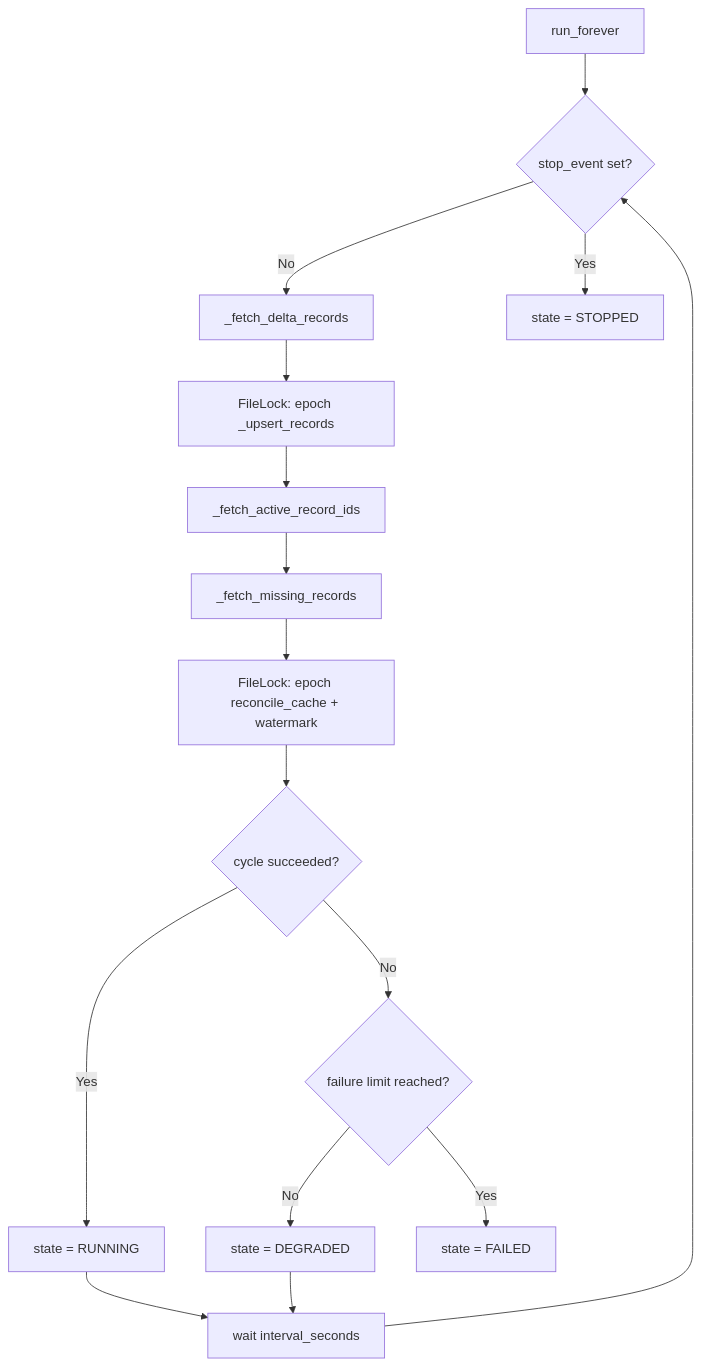
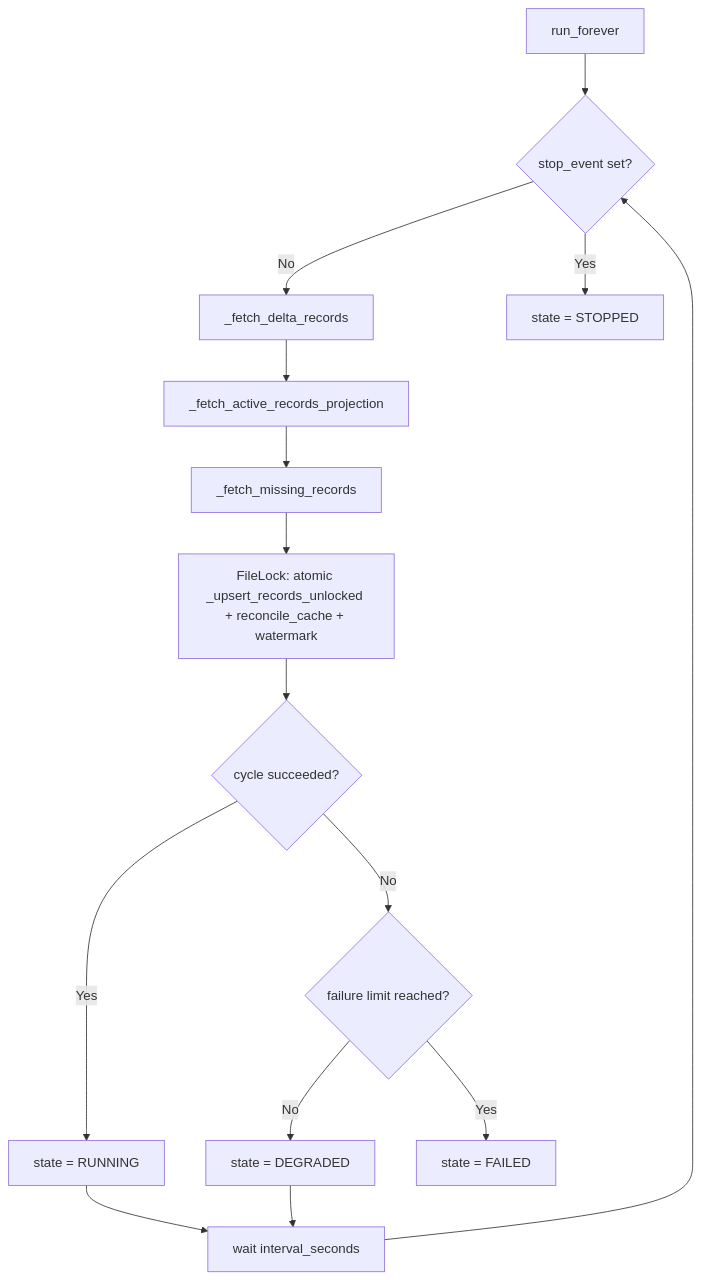
One commit to fderuiter/imednet-toolkit changed the diagram in docs/diagrams/workflow_interactions_12.mmd. Above: the diagram before and after it, drawn with Mermaid. The commit also changed 3 other files, not shown here.

Commit message:
refactor(workflows): remove orphaned private sync helpers from CachedRecordsLoader

```diff
--- a/docs/diagrams/workflow_interactions_12.mmd
+++ b/docs/diagrams/workflow_interactions_12.mmd
@@ -1,18 +1,17 @@
 graph TD
     accTitle: Epoch-Fenced Delta Sync and SyncWorker Health Lifecycle
-    accDescr: Flowchart showing SyncWorker running lock-free remote delta and active-ID fetches, short FileLock epoch-stamped SQLite upserts and epoch-fenced orphan reconciliation, and transitioning across RUNNING, DEGRADED, FAILED, and STOPPED states
+    accDescr: Flowchart showing SyncWorker running lock-free remote delta, projection, and missing-record fetches before a single atomic FileLock SQLite commit for upserts, epoch-fenced orphan reconciliation, and watermark updates across RUNNING, DEGRADED, FAILED, and STOPPED states
     A[run_forever] --> B{stop_event set?}
     B -- No --> C[_fetch_delta_records]
-    C --> D["FileLock: epoch _upsert_records"]
-    D --> E[_fetch_active_record_ids]
-    E --> F[_fetch_missing_records]
-    F --> G["FileLock: epoch reconcile_cache + watermark"]
-    G --> H{cycle succeeded?}
+    C --> D[_fetch_active_records_projection]
+    D --> E[_fetch_missing_records]
+    E --> F["FileLock: atomic _upsert_records_unlocked + reconcile_cache + watermark"]
+    F --> H{cycle succeeded?}
     H -- Yes --> I[state = RUNNING]
     I --> M[wait interval_seconds]
     H -- No --> J{failure limit reached?}
     J -- No --> K[state = DEGRADED]
     K --> M
     M --> B
     J -- Yes --> L[state = FAILED]
     B -- Yes --> N[state = STOPPED]
```
